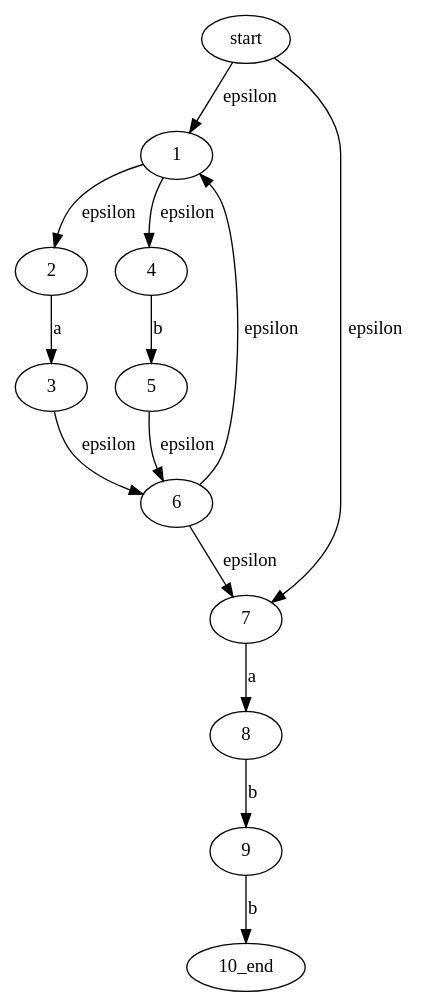
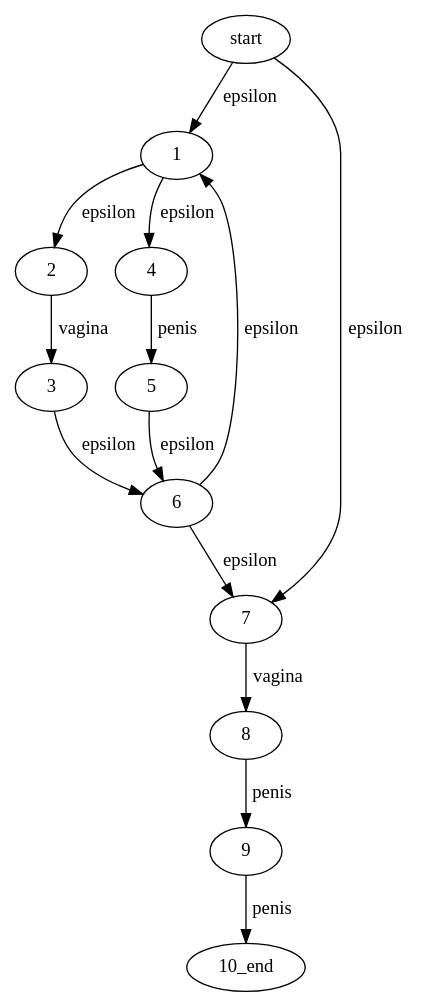
One commit to Katchau/COMP-AutoAnalyze.Dot changed the diagram in test.dot. Above: the diagram before and after it, drawn with Graphviz. The commit also changed 5 other files, not shown here.

```diff
--- a/test.dot
+++ b/test.dot
@@ -1,15 +1,15 @@
 digraph graphname { 
                 start -> "1" [label="epsilon"];
 				start -> "7" [label="epsilon"];
 				"1" -> "2" [label="epsilon"];
 				"1" -> "4" [label="epsilon"];
-				"2" -> "3" [label="a"];
-				"4" -> "5" [label="b"];
+				"2" -> "3" [label="vagina"];
+				"4" -> "5" [label="penis"];
 				"3" -> "6" [label="epsilon"];
 				"5" -> "6" [label="epsilon"];
 				"6" -> "7" [label="epsilon"];
 				"6" -> "1" [label="epsilon"];
-				"7" -> "8" [label="a"];
-				"8" -> "9" [label="b"];
-                "9" -> "10_end" [label="b"];
+				"7" -> "8" [label="vagina"];
+				"8" -> "9" [label="penis"];
+                "9" -> "10_end" [label="penis"];
 }
```
